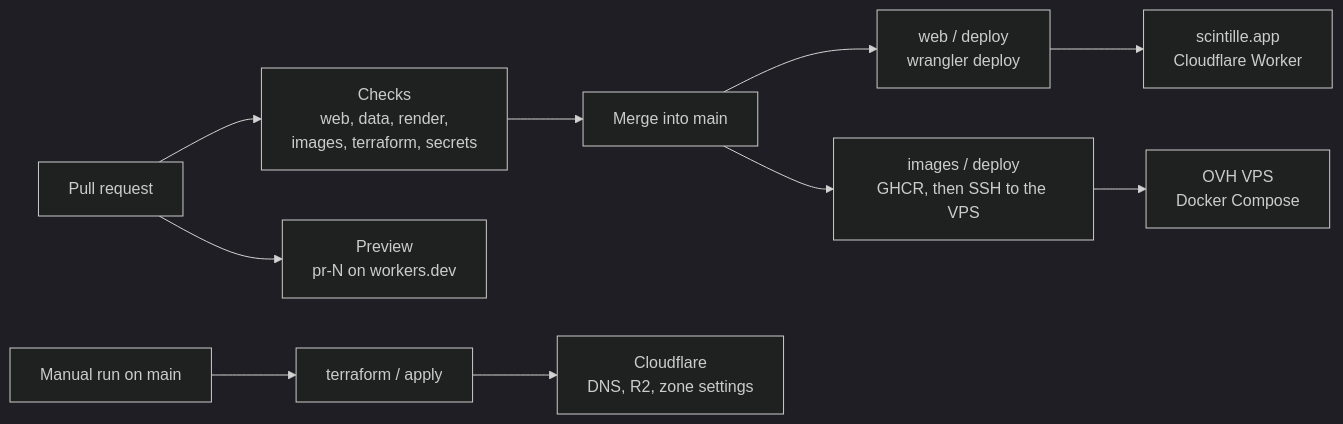
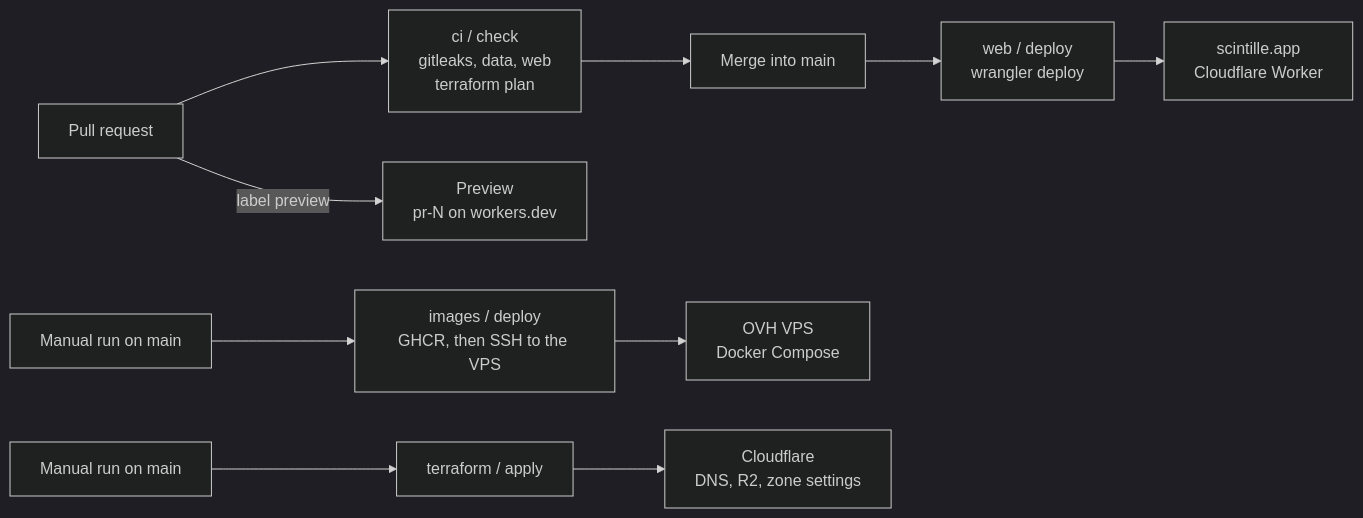
One commit to pierregc/scintille changed the diagram in docs/ci-cd.md. Above: the diagram before and after it, drawn with Mermaid (dark theme). The commit also changed other lines of this file and 8 other files, not shown here.

````diff
--- a/docs/ci-cd.md
+++ b/docs/ci-cd.md
@@ -19,12 +22,12 @@
 ```mermaid
 flowchart LR
-    pr["Pull request"] --> checks["Checks<br/>web, data, render,<br/>images, terraform, secrets"]
-    pr --> preview["Preview<br/>pr-N on workers.dev"]
+    pr["Pull request"] --> checks["ci / check<br/>gitleaks, data, web<br/>terraform plan"]
+    pr -- "label preview" --> preview["Preview<br/>pr-N on workers.dev"]
     checks --> merge["Merge into main"]
     merge --> webdeploy["web / deploy<br/>wrangler deploy"]
-    merge --> imgdeploy["images / deploy<br/>GHCR, then SSH to the VPS"]
+    manualimg["Manual run on main"] --> imgdeploy["images / deploy<br/>GHCR, then SSH to the VPS"]
     webdeploy --> site["scintille.app<br/>Cloudflare Worker"]
     imgdeploy --> vps["OVH VPS<br/>Docker Compose"]
     manual["Manual run on main"] --> tfapply["terraform / apply"]
     tfapply --> cf["Cloudflare<br/>DNS, R2, zone settings"]
 ```
````
